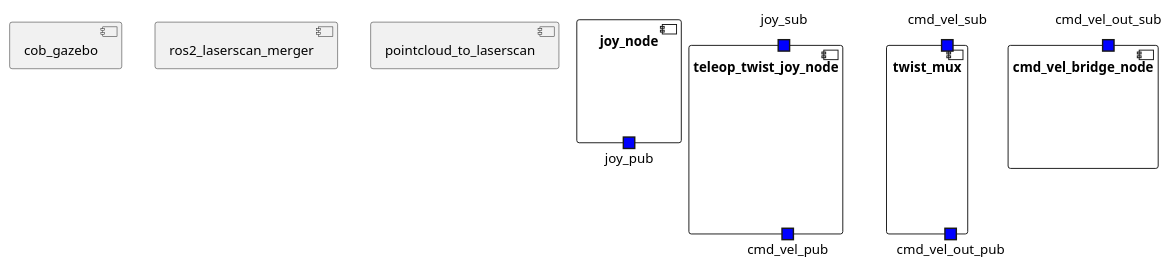
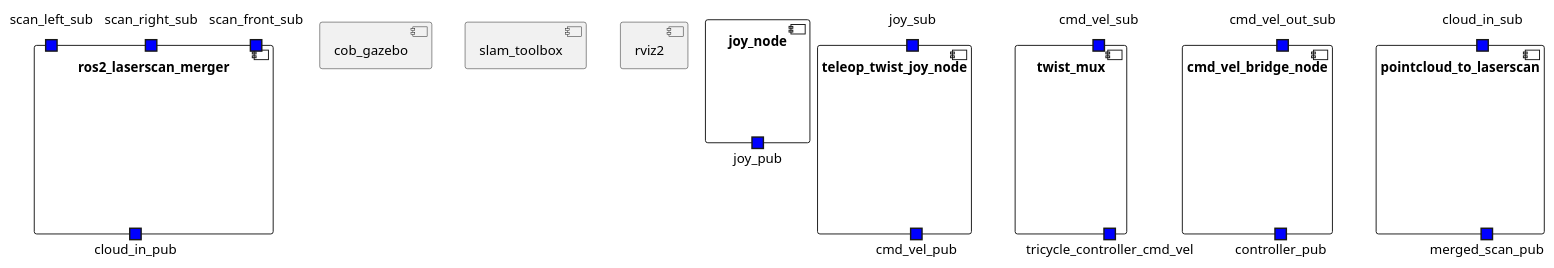
The diagram in resource/cob_slam_sim.puml (ipa-ych/cob_slam_sim), drawn with PlantUML before and after one commit. The commit also changed 2 other files, not shown here.

Commit message:
runable cob_slam_sim demo

```diff
--- a/resource/cob_slam_sim.puml
+++ b/resource/cob_slam_sim.puml
@@ -1,56 +1,77 @@
 @startuml
 
 /'SUBSYSTEMS'/
 component cob_gazebo {
  }
 
   component joy_node {
 
 /' PORTS DEFINED AS AVAILABLE IN THE ROSSYSTEM FILE '/
     portout joy_node.joy_pub as "joy_pub" #blue
 
 /' PORTS FROM THE ORIGINAL NODE '/
   }
 
   component teleop_twist_joy_node {
 
 /' PORTS DEFINED AS AVAILABLE IN THE ROSSYSTEM FILE '/
     portin teleop_twist_joy_node.joy_sub as "joy_sub" #blue
     portout teleop_twist_joy_node.cmd_vel_pub as "cmd_vel_pub" #blue
 
 /' PORTS FROM THE ORIGINAL NODE '/
   }
 
   component twist_mux {
 
 /' PORTS DEFINED AS AVAILABLE IN THE ROSSYSTEM FILE '/
     portin twist_mux.cmd_vel_sub as "cmd_vel_sub" #blue
-    portout twist_mux.cmd_vel_out_pub as "cmd_vel_out_pub" #blue
+    portout twist_mux.tricycle_controller_cmd_vel as "tricycle_controller_cmd_vel" #blue
 
 /' PORTS FROM THE ORIGINAL NODE '/
   }
 
   component cmd_vel_bridge_node {
 
 /' PORTS DEFINED AS AVAILABLE IN THE ROSSYSTEM FILE '/
     portin cmd_vel_bridge_node.cmd_vel_out_sub as "cmd_vel_out_sub" #blue
+    portout cmd_vel_bridge_node.controller_pub as "controller_pub" #blue
 
 /' PORTS FROM THE ORIGINAL NODE '/
   }
 
   component ros2_laserscan_merger {
 
 /' PORTS DEFINED AS AVAILABLE IN THE ROSSYSTEM FILE '/
+    portout ros2_laserscan_merger.cloud_in_pub as "cloud_in_pub" #blue
+    portin ros2_laserscan_merger.scan_left_sub as "scan_left_sub" #blue
+    portin ros2_laserscan_merger.scan_right_sub as "scan_right_sub" #blue
+    portin ros2_laserscan_merger.scan_front_sub as "scan_front_sub" #blue
 
 /' PORTS FROM THE ORIGINAL NODE '/
   }
 
   component pointcloud_to_laserscan {
+
+/' PORTS DEFINED AS AVAILABLE IN THE ROSSYSTEM FILE '/
+    portin pointcloud_to_laserscan.cloud_in_sub as "cloud_in_sub" #blue
+    portout pointcloud_to_laserscan.merged_scan_pub as "merged_scan_pub" #blue
+
+/' PORTS FROM THE ORIGINAL NODE '/
+  }
+
+  component slam_toolbox {
+
+/' PORTS DEFINED AS AVAILABLE IN THE ROSSYSTEM FILE '/
+
+/' PORTS FROM THE ORIGINAL NODE '/
+  }
+
+  component rviz2 {
 
 /' PORTS DEFINED AS AVAILABLE IN THE ROSSYSTEM FILE '/
 
 /' PORTS FROM THE ORIGINAL NODE '/
   }
 
 
 @enduml
```
